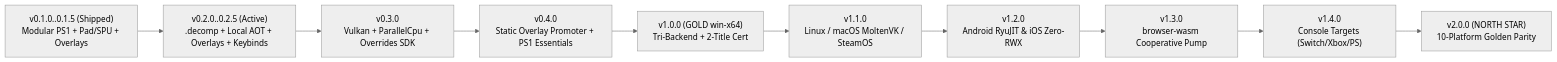
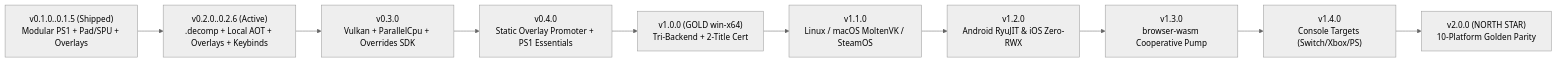
One commit to StreamItAllGit/reSlate changed the diagram in ROADMAP.md. Above: the diagram before and after it, drawn with Mermaid (neutral theme). The commit also changed other lines of this file and 31 other files, not shown here.

````diff
--- a/ROADMAP.md
+++ b/ROADMAP.md
@@ -31,12 +32,12 @@
 ```mermaid
 flowchart LR
-    V01["v0.1.0..0.1.5 (Shipped)\nModular PS1 + Pad/SPU + Overlays"] --> V02["v0.2.0..0.2.5 (Active)\n.decomp + Local AOT + Overlays + Keybinds"]
+    V01["v0.1.0..0.1.5 (Shipped)\nModular PS1 + Pad/SPU + Overlays"] --> V02["v0.2.0..0.2.6 (Active)\n.decomp + Local AOT + Overlays + Keybinds"]
     V02 --> V03["v0.3.0\nVulkan + ParallelCpu + Overrides SDK"]
     V03 --> V04["v0.4.0\nStatic Overlay Promoter + PS1 Essentials"]
     V04 --> V10["v1.0.0 (GOLD win-x64)\nTri-Backend + 2-Title Cert"]
     V10 --> V11["v1.1.0\nLinux / macOS MoltenVK / SteamOS"]
     V11 --> V12["v1.2.0\nAndroid RyuJIT & iOS Zero-RWX"]
     V12 --> V13["v1.3.0\nbrowser-wasm Cooperative Pump"]
     V13 --> V14["v1.4.0\nConsole Targets (Switch/Xbox/PS)"]
     V14 --> V20["v2.0.0 (NORTH STAR)\n10-Platform Golden Parity"]
 ```
````
